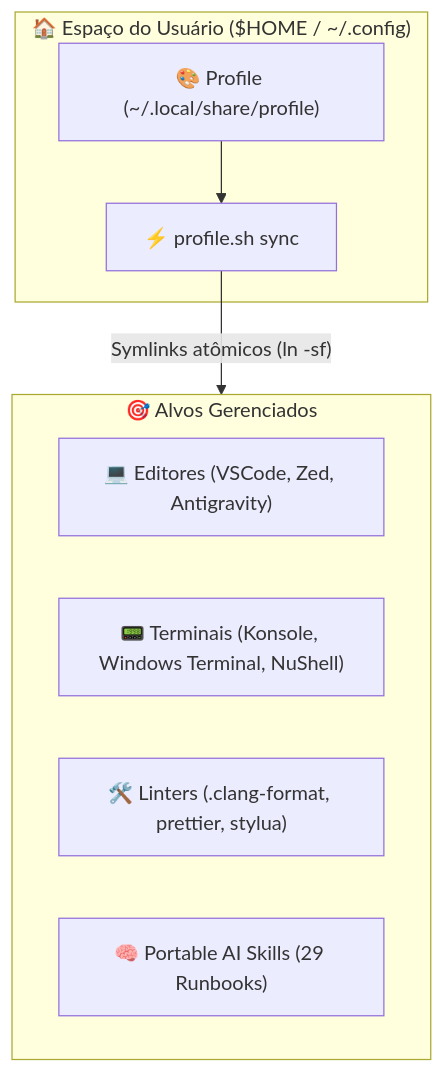
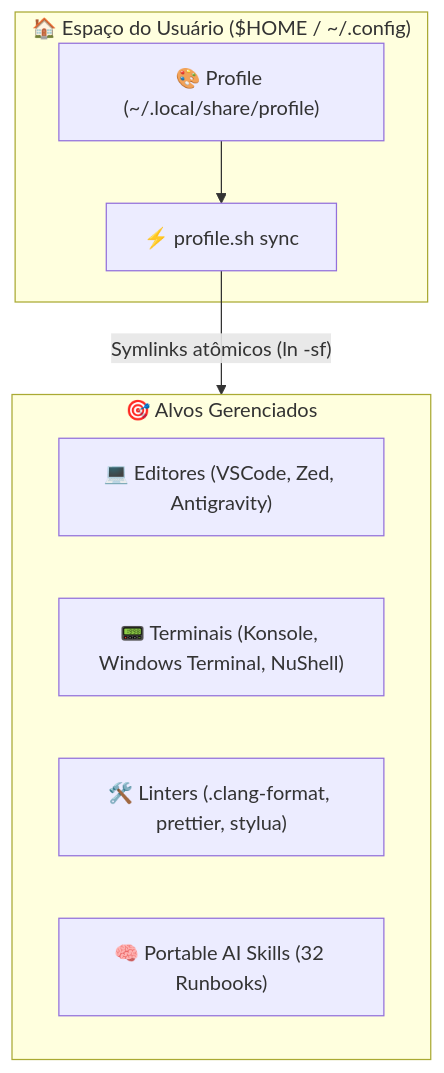
Before and after one commit to GabrielFrigo4/profile: the diagram in README.md, drawn with Mermaid. The commit also changed 4 other files, not shown here.

````diff
--- a/README.md
+++ b/README.md
@@ -43,17 +43,17 @@
 ```mermaid
 flowchart TD
     subgraph HOME ["🏠 Espaço do Usuário ($HOME / ~/.config)"]
         PR_REPO["🎨 Profile (~/.local/share/profile)"]
         SYNC["⚡ profile.sh sync"]
     end
 
     subgraph TARGETS ["🎯 Alvos Gerenciados"]
         ED["💻 Editores (VSCode, Zed, Antigravity)"]
         TR["📟 Terminais (Konsole, Windows Terminal, NuShell)"]
         TL["🛠️ Linters (.clang-format, prettier, stylua)"]
-        SK["🧠 Portable AI Skills (29 Runbooks)"]
+        SK["🧠 Portable AI Skills (32 Runbooks)"]
     end
 
     PR_REPO --> SYNC
     SYNC -->|"Symlinks atômicos (ln -sf)"| TARGETS
 ```
````
